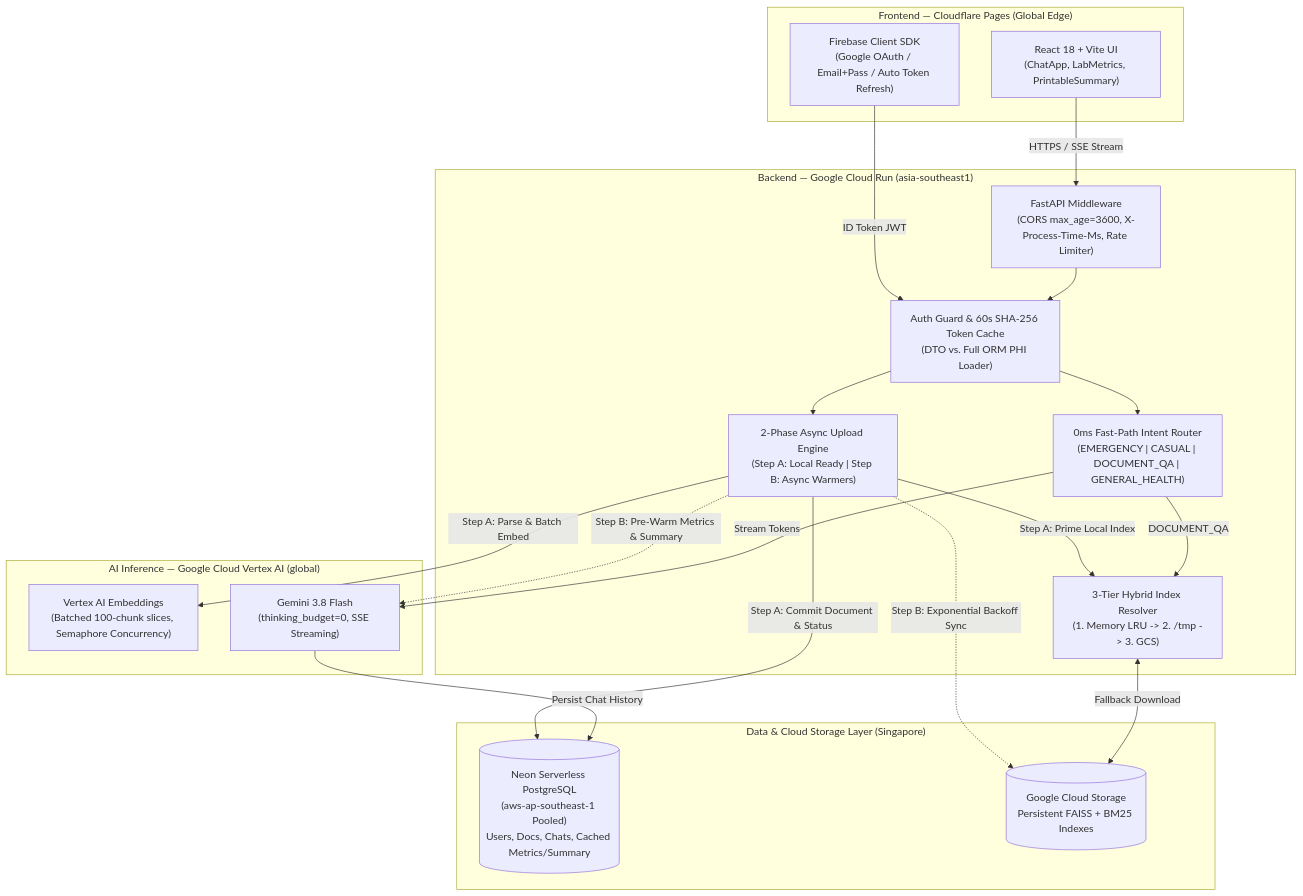
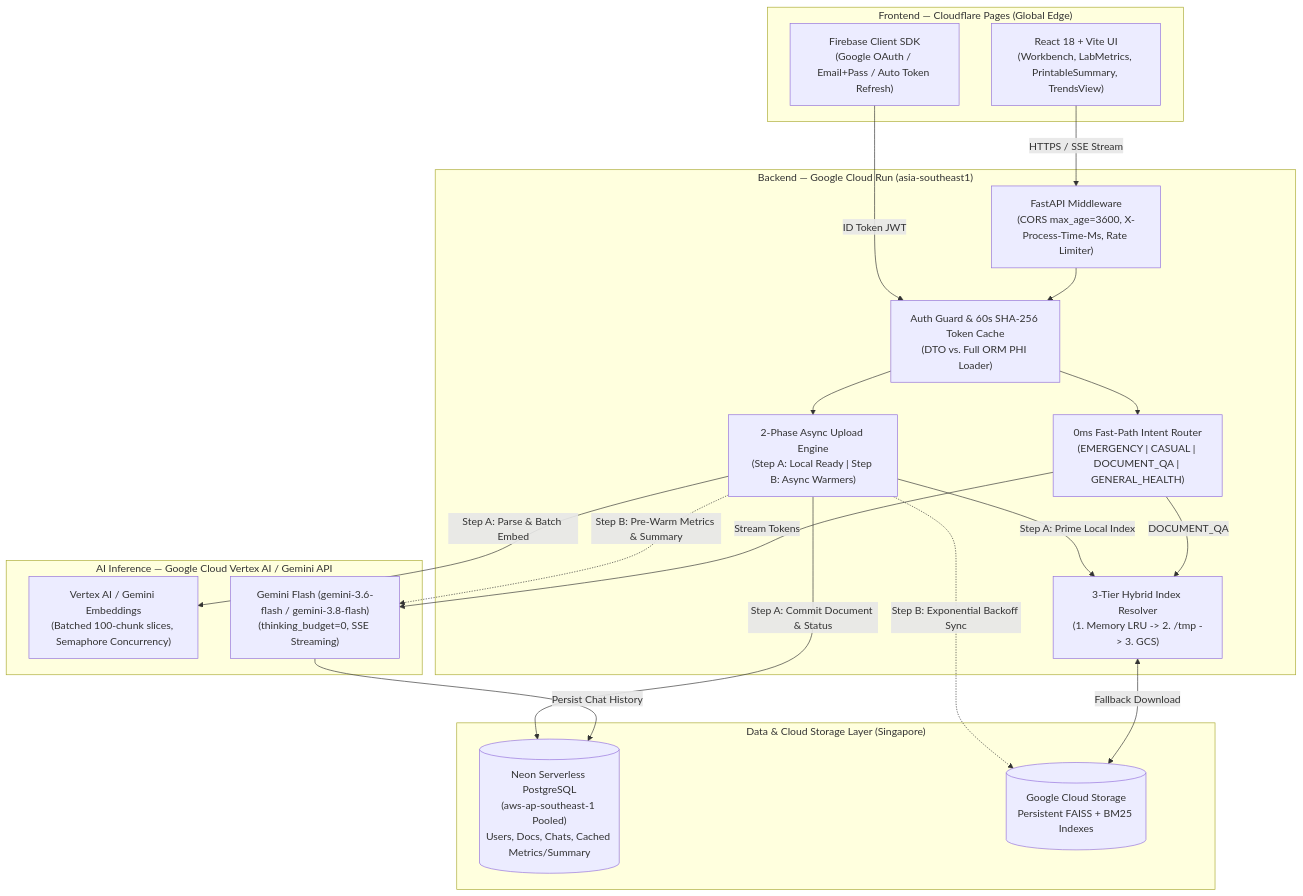
One commit to AdityaSharma2k04/MediSkye changed the diagram in README.md. Above: the diagram before and after it, drawn with Mermaid. The commit also changed other lines of this file and 8 other files, not shown here.

Commit message:
chore: remove verified dead code and sync README with actual codebase architecture

````diff
--- a/README.md
+++ b/README.md
@@ -48,40 +50,40 @@
 ```mermaid
 flowchart TB
     subgraph Client["Frontend — Cloudflare Pages (Global Edge)"]
-        UI["React 18 + Vite UI<br/>(ChatApp, LabMetrics, PrintableSummary)"]
+        UI["React 18 + Vite UI<br/>(Workbench, LabMetrics, PrintableSummary, TrendsView)"]
         FB_SDK["Firebase Client SDK<br/>(Google OAuth / Email+Pass / Auto Token Refresh)"]
     end
 
     subgraph GCP["Backend — Google Cloud Run (asia-southeast1)"]
         MW["FastAPI Middleware<br/>(CORS max_age=3600, X-Process-Time-Ms, Rate Limiter)"]
         AUTH["Auth Guard & 60s SHA-256 Token Cache<br/>(DTO vs. Full ORM PHI Loader)"]
         ROUTER["0ms Fast-Path Intent Router<br/>(EMERGENCY | CASUAL | DOCUMENT_QA | GENERAL_HEALTH)"]
         UPLOAD["2-Phase Async Upload Engine<br/>(Step A: Local Ready | Step B: Async Warmers)"]
         LRU["3-Tier Hybrid Index Resolver<br/>(1. Memory LRU -> 2. /tmp -> 3. GCS)"]
     end
 
     subgraph Data["Data & Cloud Storage Layer (Singapore)"]
         NEON[("Neon Serverless PostgreSQL<br/>(aws-ap-southeast-1 Pooled)<br/>Users, Docs, Chats, Cached Metrics/Summary")]
         GCS[("Google Cloud Storage<br/>Persistent FAISS + BM25 Indexes")]
     end
 
-    subgraph AI["AI Inference — Google Cloud Vertex AI (global)"]
-        EMBED["Vertex AI Embeddings<br/>(Batched 100-chunk slices, Semaphore Concurrency)"]
-        GEMINI["Gemini 3.8 Flash<br/>(thinking_budget=0, SSE Streaming)"]
+    subgraph AI["AI Inference — Google Cloud Vertex AI / Gemini API"]
+        EMBED["Vertex AI / Gemini Embeddings<br/>(Batched 100-chunk slices, Semaphore Concurrency)"]
+        GEMINI["Gemini Flash (gemini-3.6-flash / gemini-3.8-flash)<br/>(thinking_budget=0, SSE Streaming)"]
     end
 
     UI -->|HTTPS / SSE Stream| MW
     FB_SDK -->|ID Token JWT| AUTH
     MW --> AUTH
     AUTH --> ROUTER
     AUTH --> UPLOAD
     UPLOAD -->|Step A: Parse & Batch Embed| EMBED
     UPLOAD -->|Step A: Prime Local Index| LRU
     UPLOAD -->|Step A: Commit Document & Status| NEON
     UPLOAD -.->|Step B: Exponential Backoff Sync| GCS
     UPLOAD -.->|Step B: Pre-Warm Metrics & Summary| GEMINI
     ROUTER -->|DOCUMENT_QA| LRU
     LRU <-->|Fallback Download| GCS
     ROUTER -->|Stream Tokens| GEMINI
     GEMINI -->|Persist Chat History| NEON
 ```
````
